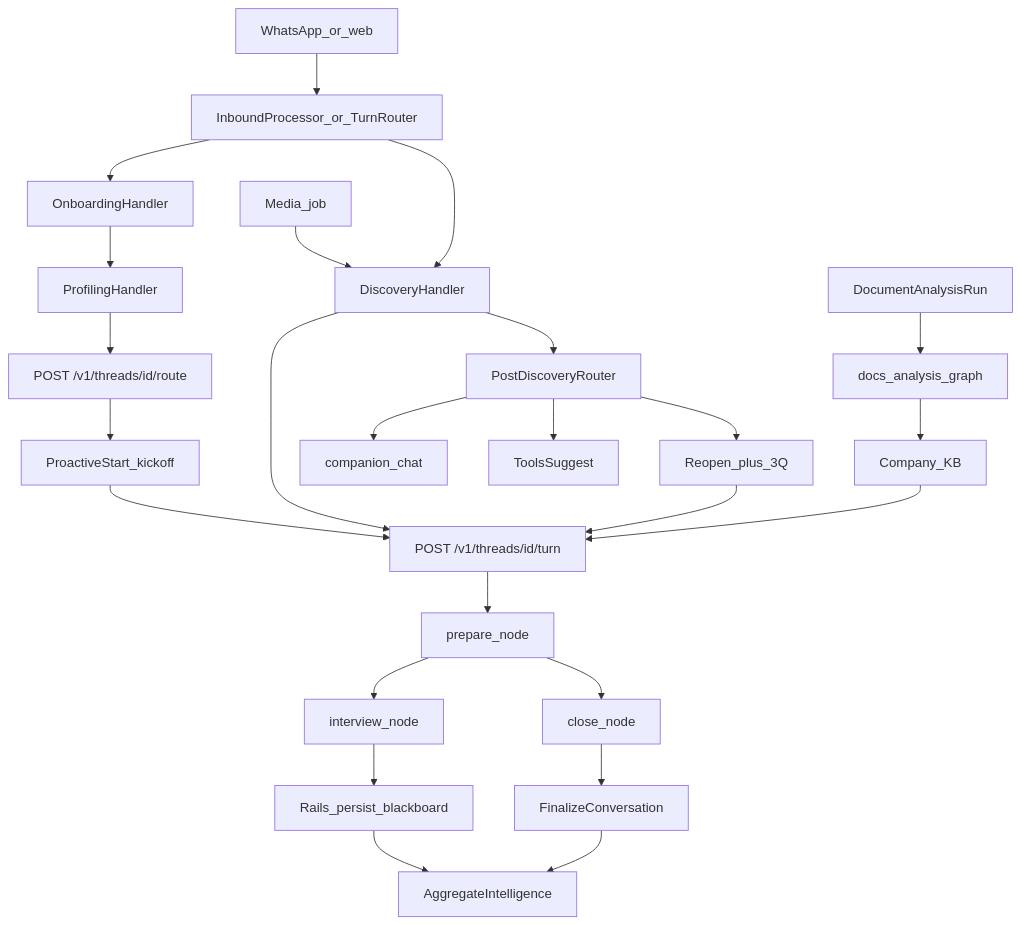
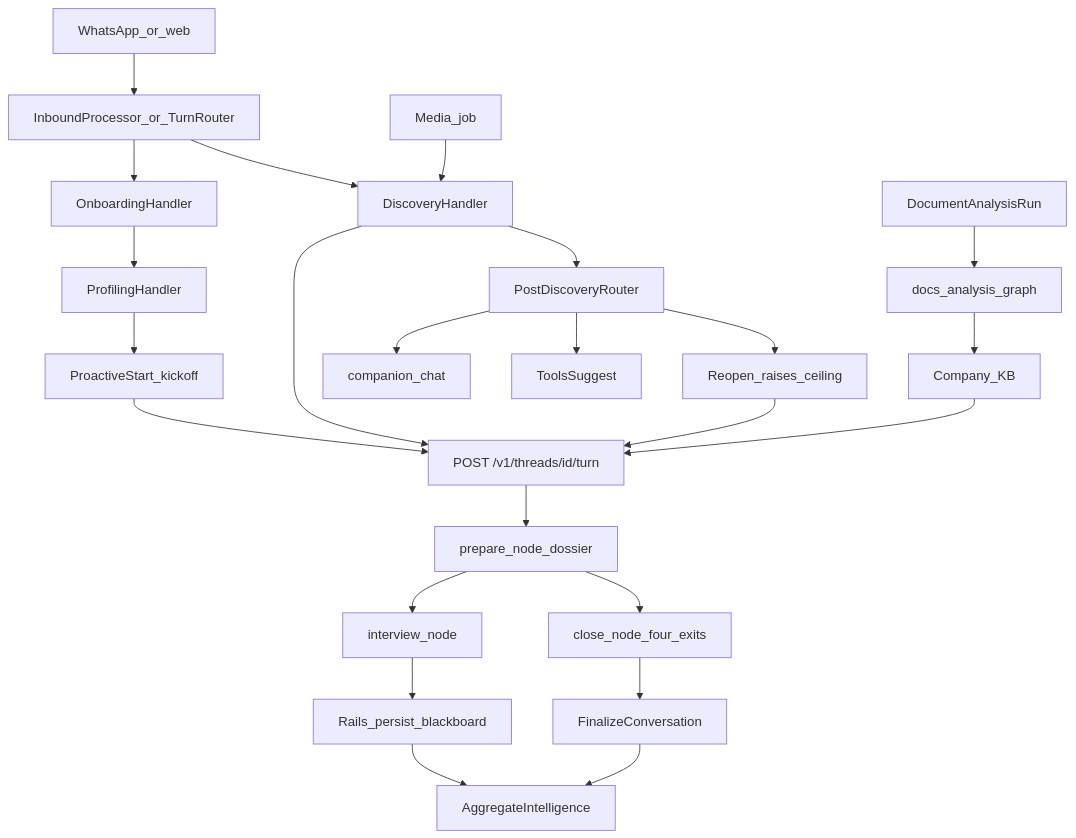
One commit to malikusman/req_app changed the first of 3 diagrams in docs/AGENT_ARCHITECTURE.md. Above: the diagram before and after it, drawn with Mermaid. The commit also changed other lines of this file and 28 other files, not shown here.

````diff
--- a/docs/AGENT_ARCHITECTURE.md
+++ b/docs/AGENT_ARCHITECTURE.md
@@ -19,28 +19,27 @@
 ```mermaid
 flowchart TD
   inbound[WhatsApp_or_web]
   inbound --> processor[InboundProcessor_or_TurnRouter]
   processor --> onboarding[OnboardingHandler]
   onboarding --> profiling[ProfilingHandler]
-  profiling --> route["POST /v1/threads/id/route"]
-  route --> kickoff[ProactiveStart_kickoff]
+  profiling --> kickoff[ProactiveStart_kickoff]
   kickoff --> turn["POST /v1/threads/id/turn"]
   processor --> discovery[DiscoveryHandler]
   discovery --> turn
-  turn --> prepare[prepare_node]
+  turn --> prepare[prepare_node_dossier]
   prepare --> interview[interview_node]
-  prepare --> close[close_node]
+  prepare --> close[close_node_four_exits]
   interview --> persist[Rails_persist_blackboard]
   close --> finalize[FinalizeConversation]
   persist --> intel[AggregateIntelligence]
   finalize --> intel
   discovery --> companion[PostDiscoveryRouter]
   companion --> chat[companion_chat]
   companion --> tools[ToolsSuggest]
-  companion --> addendum[Reopen_plus_3Q]
+  companion --> addendum[Reopen_raises_ceiling]
   addendum --> turn
   media[Media_job] --> discovery
   docs[DocumentAnalysisRun] --> docsGraph[docs_analysis_graph]
   docsGraph --> kb[Company_KB]
   kb --> turn
 ```
````
